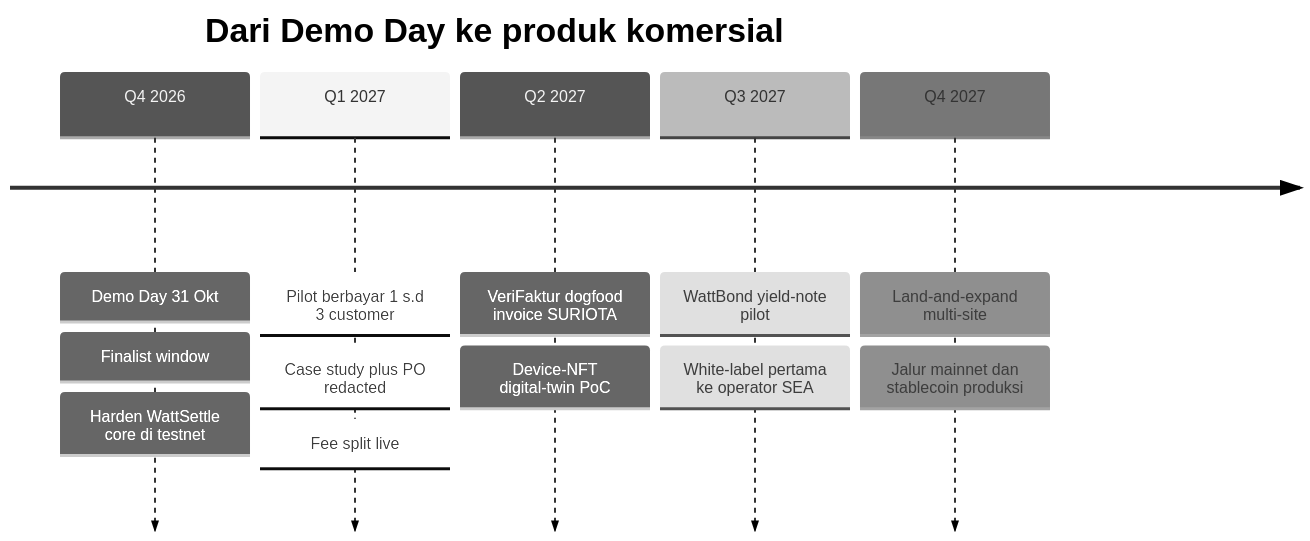
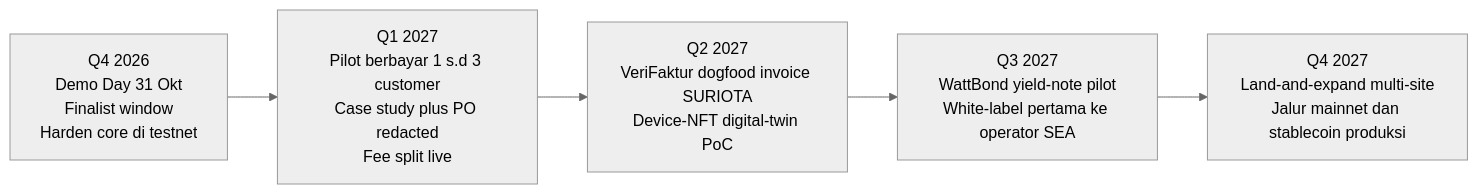
The third of 3 diagrams in WattSettle/18 Roadmap Pasca-Hackathon.md (GifariKemal/wattsettle), drawn with Mermaid (neutral theme) before and after one commit. The commit also changed 2 other files, not shown here.

Commit message:
fix(wattsettle): ganti mermaid timeline ke flowchart LR agar render di GitHub
Diagram tipe timeline render kosong di GitHub. Diubah ke flowchart LR
(pasti render) di 01 Latar Belakang, 13 Workflow Build, 18 Roadmap.

````diff
--- a/WattSettle/18 Roadmap Pasca-Hackathon.md
+++ b/WattSettle/18 Roadmap Pasca-Hackathon.md
@@ -85,9 +85,9 @@
 ```mermaid
-timeline
-  title Dari Demo Day ke produk komersial
-  Q4 2026 : Demo Day 31 Okt : Finalist window : Harden WattSettle core di testnet
-  Q1 2027 : Pilot berbayar 1 s.d 3 customer : Case study plus PO redacted : Fee split live
-  Q2 2027 : VeriFaktur dogfood invoice SURIOTA : Device-NFT digital-twin PoC
-  Q3 2027 : WattBond yield-note pilot : White-label pertama ke operator SEA
-  Q4 2027 : Land-and-expand multi-site : Jalur mainnet dan stablecoin produksi
+flowchart LR
+  Q1["Q4 2026<br/>Demo Day 31 Okt<br/>Finalist window<br/>Harden core di testnet"]
+  Q2["Q1 2027<br/>Pilot berbayar 1 s.d 3 customer<br/>Case study plus PO redacted<br/>Fee split live"]
+  Q3["Q2 2027<br/>VeriFaktur dogfood invoice SURIOTA<br/>Device-NFT digital-twin PoC"]
+  Q4["Q3 2027<br/>WattBond yield-note pilot<br/>White-label pertama ke operator SEA"]
+  Q5["Q4 2027<br/>Land-and-expand multi-site<br/>Jalur mainnet dan stablecoin produksi"]
+  Q1 --> Q2 --> Q3 --> Q4 --> Q5
 ```
````
